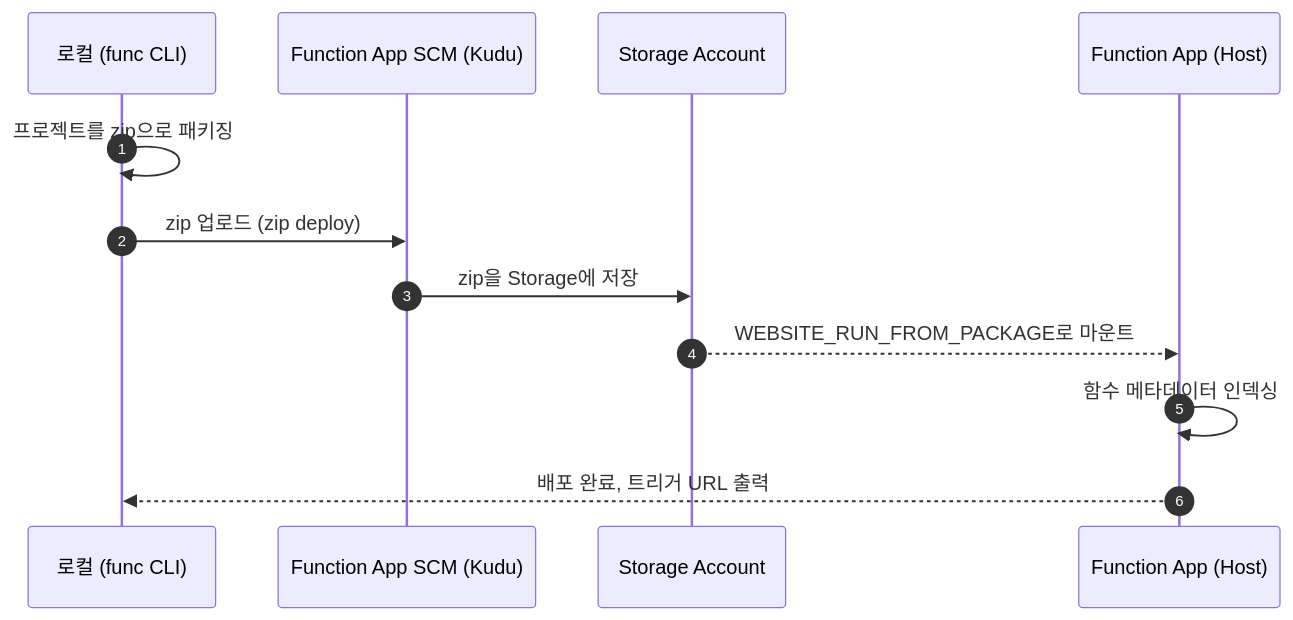
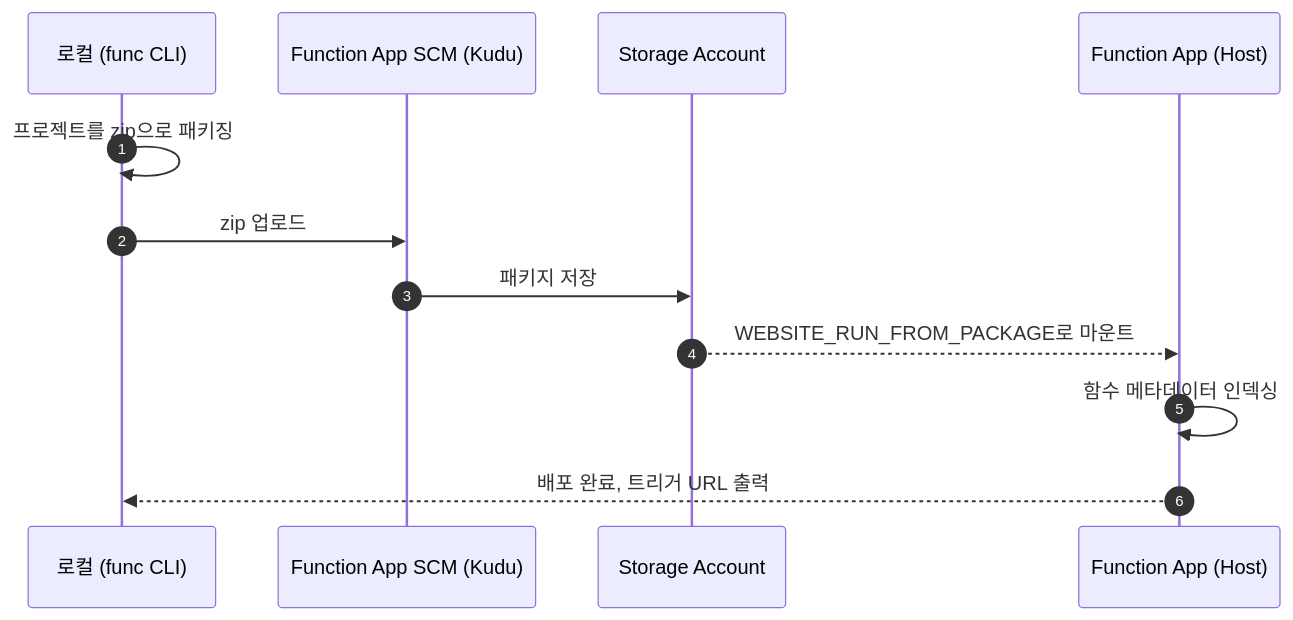
Before and after one commit to yeongseon-books/book-content: the third of 3 diagrams in azure-functions-101/ko/04-first-deploy.md, drawn with Mermaid. The commit also changed other lines of this file and 42 other files, not shown here.

First line of the commit message:
fix: 오라클 리뷰 반영 — Functions 101/Deep Dive 사실관계·톤·다이어그램 정리, App Service 101 ko/en 재구조화

````diff
--- a/azure-functions-101/ko/04-first-deploy.md
+++ b/azure-functions-101/ko/04-first-deploy.md
@@ -189,15 +206,15 @@
 ```mermaid
 sequenceDiagram
     autonumber
     participant Dev as 로컬 (func CLI)
     participant Kudu as Function App SCM (Kudu)
     participant Storage as Storage Account
     participant Host as Function App (Host)
 
     Dev->>Dev: 프로젝트를 zip으로 패키징
-    Dev->>Kudu: zip 업로드 (zip deploy)
-    Kudu->>Storage: zip을 Storage에 저장
+    Dev->>Kudu: zip 업로드
+    Kudu->>Storage: 패키지 저장
     Storage-->>Host: WEBSITE_RUN_FROM_PACKAGE로 마운트
     Host->>Host: 함수 메타데이터 인덱싱
     Host-->>Dev: 배포 완료, 트리거 URL 출력
 ```
````
